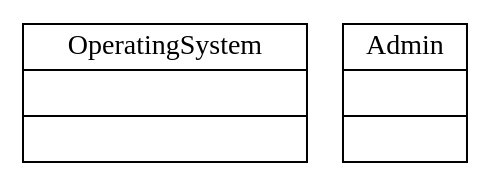
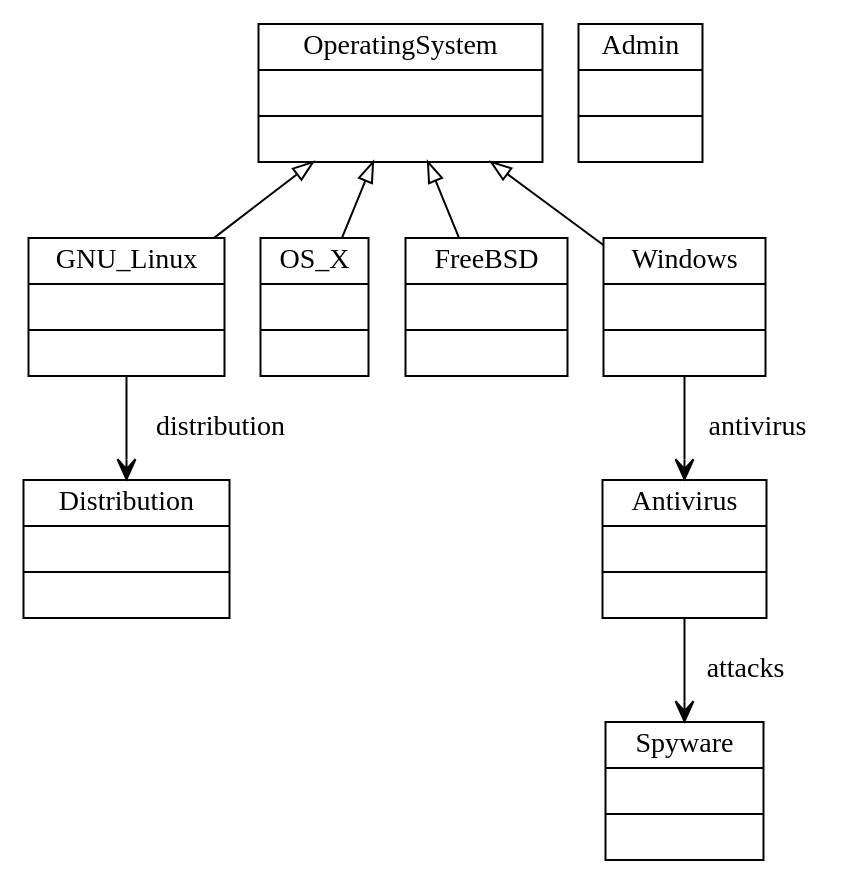
Before and after one commit to epsilonlabs/picto-diff: the diagram in org.eclipse.epsilon.picto.diff/files/baseline.dot, drawn with Graphviz. The commit also changed 8 other files, not shown here.

```diff
--- a/org.eclipse.epsilon.picto.diff/files/baseline.dot
+++ b/org.eclipse.epsilon.picto.diff/files/baseline.dot
@@ -1,7 +1,22 @@
 digraph G {
 	node[shape=record]
 	edge[dir=back, arrowtail=empty]
 
 	OperatingSystem[label = "{OperatingSystem||}"]
 	Admin[label="{Admin||}"]
+	
+	GNU_Linux[label = "{GNU_Linux||}"]
+	OS_X[label = "{OS_X||}"]
+	FreeBSD[label = "{FreeBSD||}"]
+	Windows[label = "{Windows||}"]
+	Antivirus[label = "{Antivirus||}"]
+	Spyware[label = "{Spyware||}"]
+	OperatingSystem->GNU_Linux[name="h1"];
+	OperatingSystem->OS_X[name="h2"];
+	OperatingSystem->FreeBSD[name="h3"];
+	OperatingSystem->Windows[name="h4"];
+	Windows->Antivirus[label=" antivirus ", dir=forward, arrowhead = vee, name="antivirus"];
+	Antivirus->Spyware[label=" attacks ", dir=forward, arrowhead = vee, name="attacks"];
+	Distribution[label = "{Distribution||}"]
+	GNU_Linux->Distribution[label=" distribution ", dir=forward, arrowhead = vee, name="eDistr"];
 }
```
